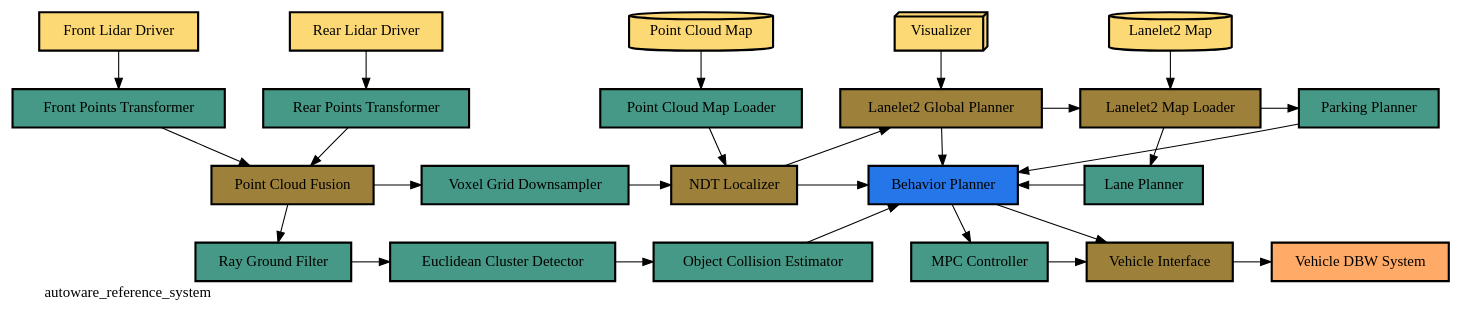
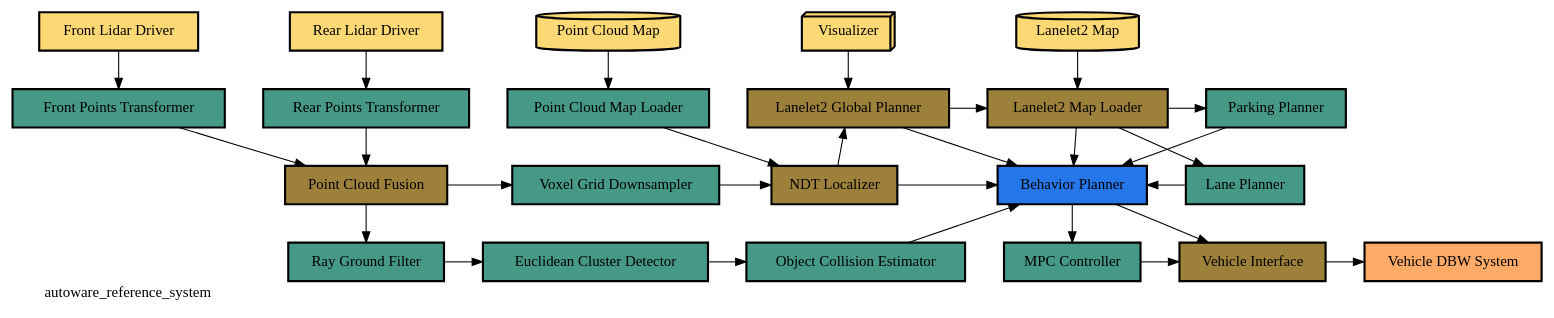
One commit to ros-realtime/reference-system changed the diagram in autoware_reference_system/autoware_reference_system.dot. Above: the diagram before and after it, drawn with Graphviz. The commit also changed 4 other files, not shown here.

```diff
--- a/autoware_reference_system/autoware_reference_system.dot
+++ b/autoware_reference_system/autoware_reference_system.dot
@@ -1,112 +1,111 @@
 digraph G {
     labelloc="b";
     labeljust="l";
     label="autoware_reference_system";
     nodesep=0.5;
     node [shape=box, style=filled, penwidth=2, ordering=in];
     edge [weight=8];
     /* Declare all nodes and style them */
     node [fillcolor="#FCD975"];
     "Front Lidar Driver";
     "Rear Lidar Driver";
     "Point Cloud Map" [shape=cylinder];
     "Visualizer" [shape=box3d];
     "Lanelet2 Map" [shape=cylinder];
 
     node [fillcolor="#469986"];
     "Front Points Transformer";
     "Rear Points Transformer";
     "Point Cloud Map Loader";
     "Voxel Grid Downsampler";
     "Ray Ground Filter";
     "Euclidean Cluster Detector";
     "Object Collision Estimator";
     "MPC Controller";
     "Lane Planner";
     "Parking Planner";
 
     node [fillcolor="#9D813B"];
     "Point Cloud Fusion";
     "NDT Localizer";
     "Vehicle Interface";
     "Lanelet2 Map Loader";
     "Lanelet2 Global Planner";
 
     node [fillcolor="#2576E8"];
     "Behavior Planner";
 
     node [fillcolor="#ffaa66"];
     "Vehicle DBW System";
 
     /* Declare all edges and style them */
     /* rank 1 */
     {
       rank = same;
       "Front Lidar Driver";
       "Rear Lidar Driver";
       "Point Cloud Map";
       "Visualizer";
       "Lanelet2 Map";
     }
     "Front Lidar Driver" -> "Front Points Transformer";
     "Rear Lidar Driver" -> "Rear Points Transformer";
     "Point Cloud Map" -> "Point Cloud Map Loader";
     "Visualizer" -> "Lanelet2 Global Planner";
     "Lanelet2 Map" -> "Lanelet2 Map Loader";
 
     /* rank 2 */
     {
       rank = same;
       "Front Points Transformer";
       "Rear Points Transformer";
       "Point Cloud Map Loader";
       "Lanelet2 Global Planner";
       "Lanelet2 Map Loader";
       "Parking Planner";
     }
     "Front Points Transformer" -> "Point Cloud Fusion";
     "Rear Points Transformer" -> "Point Cloud Fusion";
     "Point Cloud Map Loader" -> "NDT Localizer";
     "Lanelet2 Global Planner" -> "Lanelet2 Map Loader";
     "Lanelet2 Global Planner" -> "Behavior Planner";
-
+    "Lanelet2 Map Loader" -> "Behavior Planner";
     "Lanelet2 Map Loader" -> "Parking Planner";
-
     "Parking Planner" -> "Behavior Planner";
     "Lanelet2 Map Loader" -> "Lane Planner" [constraint=false];
 
     /* rank 3 */
     {
       rank = same;
       "Point Cloud Fusion";
       "Voxel Grid Downsampler";
       "NDT Localizer";
       "Behavior Planner";
       "Lane Planner";
     };
     "Point Cloud Fusion" -> "Ray Ground Filter";
     "Point Cloud Fusion" -> "Voxel Grid Downsampler";
     "Voxel Grid Downsampler" -> "NDT Localizer";
     "NDT Localizer" -> "Behavior Planner";
     "NDT Localizer" -> "Lanelet2 Global Planner";
 
     "Behavior Planner" -> "MPC Controller";
     "Behavior Planner" -> "Vehicle Interface";
     "Lane Planner" -> "Behavior Planner" [constraint=false];
 
     /* rank 4 */
     {
       rank = same;
       "Ray Ground Filter";
       "Euclidean Cluster Detector";
       "Object Collision Estimator";
       "MPC Controller";
       "Vehicle Interface";
       "Vehicle DBW System";
     }
     "Ray Ground Filter" -> "Euclidean Cluster Detector";
     "Euclidean Cluster Detector" -> "Object Collision Estimator";
     "Object Collision Estimator" -> "Behavior Planner";
     "MPC Controller" -> "Vehicle Interface";
     "Vehicle Interface" -> "Vehicle DBW System";
 }
```
